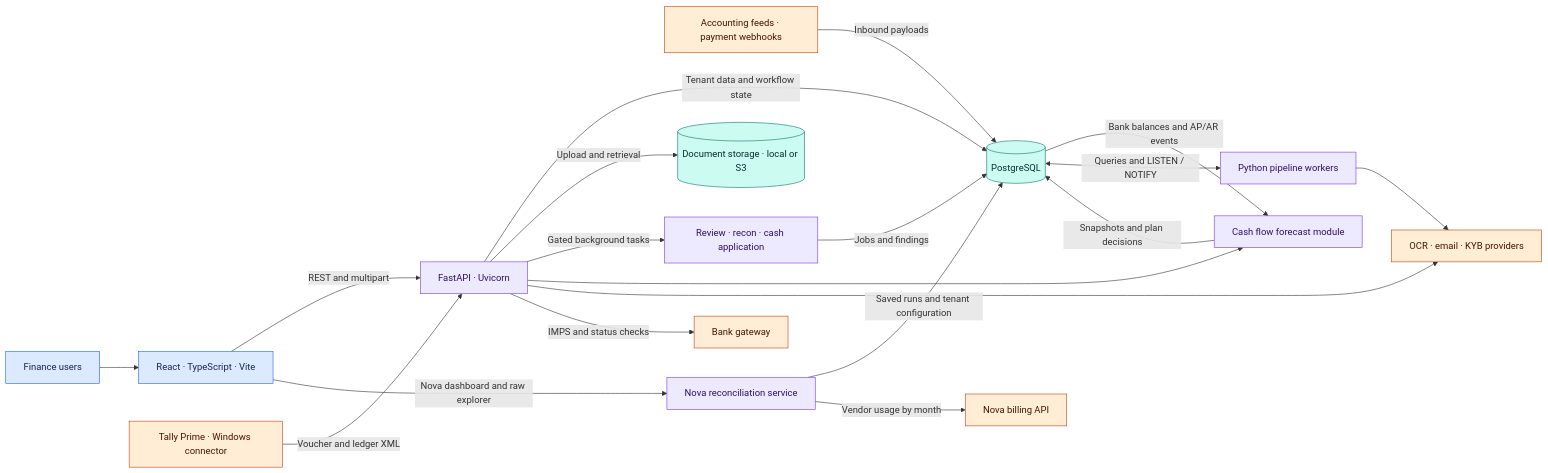
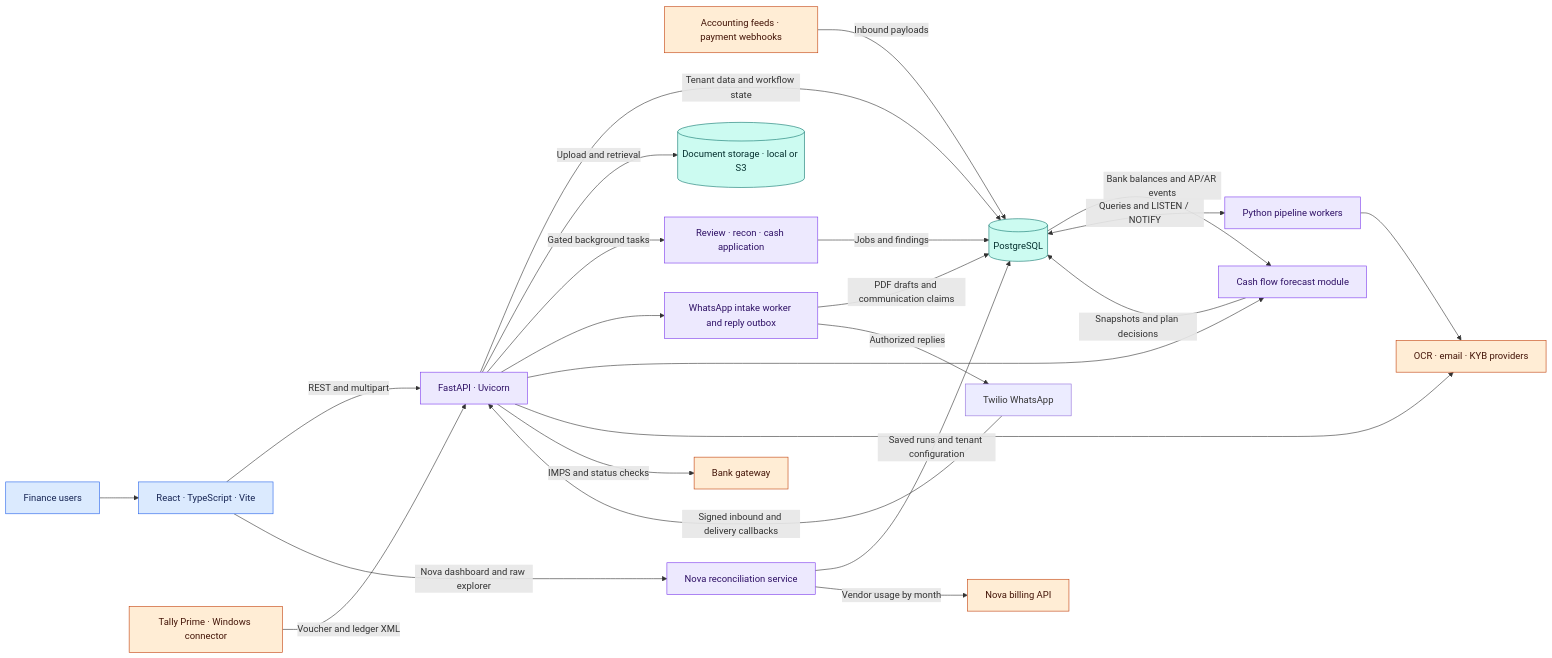
One commit to r-rishit27/equal_hackathon changed the first of 4 diagrams in README.md. Above: the diagram before and after it, drawn with Mermaid. The commit also changed other lines of this file and 6 other files, not shown here.

Commit message:
Document Twilio WhatsApp intake, render service diagrams and record forecast evaluations

````diff
--- a/README.md
+++ b/README.md
@@ -141,30 +157,34 @@
 ```mermaid
 flowchart LR
     People["Finance users"] --> Web["React · TypeScript · Vite"]
     Web -->|REST and multipart| API["FastAPI · Uvicorn"]
     Tally["Tally Prime · Windows connector"] -->|Voucher and ledger XML| API
     Sources["Accounting feeds · payment webhooks"] -->|Inbound payloads| DB[("PostgreSQL")]
     API -->|Tenant data and workflow state| DB
     API -->|Upload and retrieval| Files[("Document storage · local or S3")]
     API -->|Gated background tasks| Agents["Review · recon · cash application"]
     Agents -->|Jobs and findings| DB
+    Twilio["Twilio WhatsApp"] -->|Signed inbound and delivery callbacks| API
+    API --> WA["WhatsApp intake worker and reply outbox"]
+    WA -->|PDF drafts and communication claims| DB
+    WA -->|Authorized replies| Twilio
     API --> Forecast["Cash flow forecast module"]
     DB -->|Bank balances and AP/AR events| Forecast
     Forecast -->|Snapshots and plan decisions| DB
     DB <-->|Queries and LISTEN / NOTIFY| Workers["Python pipeline workers"]
     API --> Providers["OCR · email · KYB providers"]
     Workers --> Providers
     API -->|IMPS and status checks| Bank["Bank gateway"]
     Web -->|Nova dashboard and raw explorer| Nova["Nova reconciliation service"]
     Nova -->|Saved runs and tenant configuration| DB
     Nova -->|Vendor usage by month| NovaUpstream["Nova billing API"]
 
     classDef client fill:#dbeafe,stroke:#2563eb,color:#172554;
     classDef compute fill:#ede9fe,stroke:#7c3aed,color:#2e1065;
     classDef data fill:#ccfbf1,stroke:#0f766e,color:#042f2e;
     classDef external fill:#ffedd5,stroke:#c2410c,color:#431407;
     class People,Web client;
-    class API,Agents,Workers,Nova,Forecast compute;
+    class API,Agents,Workers,Nova,Forecast,WA compute;
     class DB,Files data;
     class Tally,Sources,Providers,Bank,NovaUpstream external;
 ```
````
